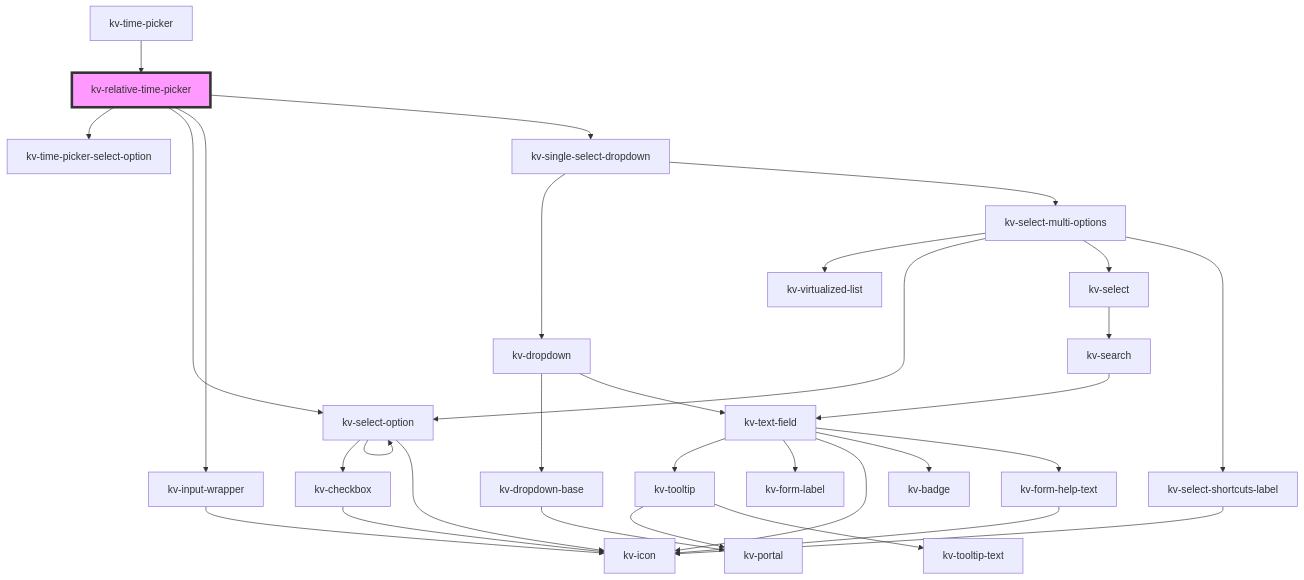
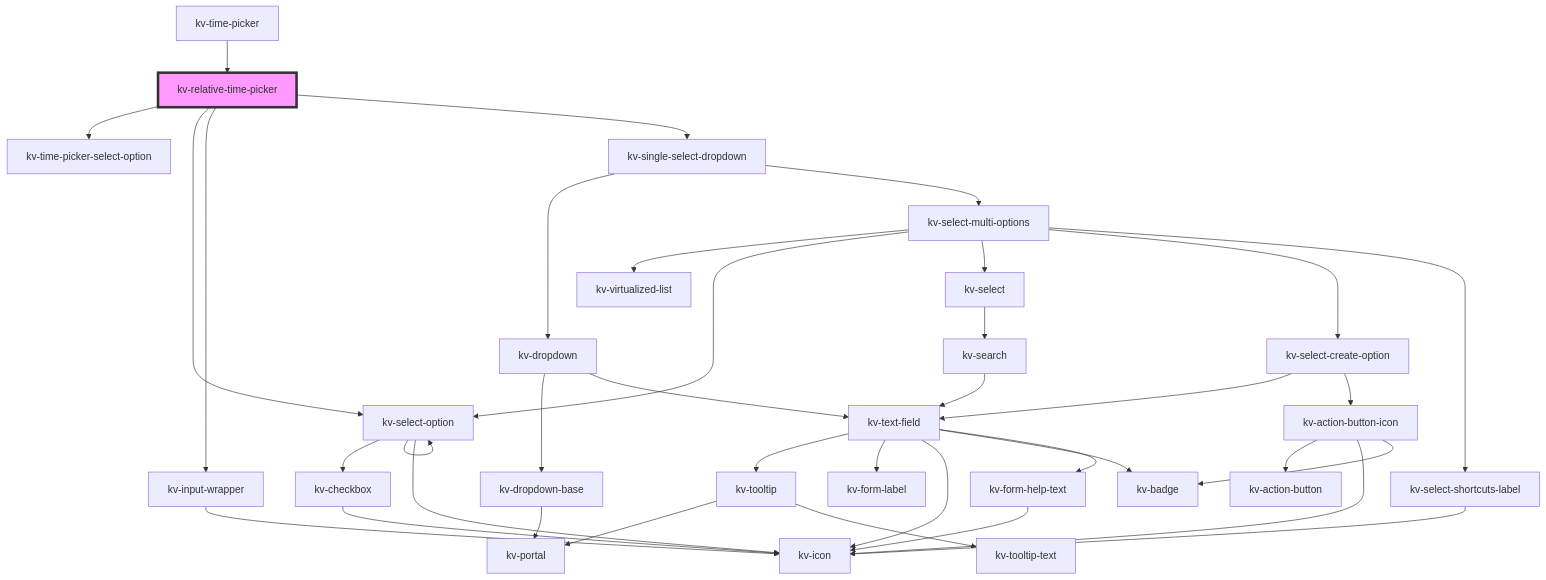
One commit to kelvininc/ui-components changed the diagram in packages/ui-components/src/components/relative-time-picker/readme.md. Above: the diagram before and after it, drawn with Mermaid. The commit also changed 30 other files, not shown here.

Commit message:
feat(select): add create new option

````diff
--- a/packages/ui-components/src/components/relative-time-picker/readme.md
+++ b/packages/ui-components/src/components/relative-time-picker/readme.md
@@ -94,34 +94,40 @@
 ```mermaid
 graph TD;
   kv-relative-time-picker --> kv-time-picker-select-option
   kv-relative-time-picker --> kv-select-option
   kv-relative-time-picker --> kv-input-wrapper
   kv-relative-time-picker --> kv-single-select-dropdown
   kv-select-option --> kv-checkbox
   kv-select-option --> kv-icon
   kv-select-option --> kv-select-option
   kv-checkbox --> kv-icon
   kv-input-wrapper --> kv-icon
   kv-single-select-dropdown --> kv-dropdown
   kv-single-select-dropdown --> kv-select-multi-options
   kv-dropdown --> kv-dropdown-base
   kv-dropdown --> kv-text-field
   kv-dropdown-base --> kv-portal
   kv-text-field --> kv-tooltip
   kv-text-field --> kv-form-label
   kv-text-field --> kv-icon
   kv-text-field --> kv-badge
   kv-text-field --> kv-form-help-text
   kv-tooltip --> kv-portal
   kv-tooltip --> kv-tooltip-text
   kv-form-help-text --> kv-icon
   kv-select-multi-options --> kv-virtualized-list
   kv-select-multi-options --> kv-select-option
   kv-select-multi-options --> kv-select
+  kv-select-multi-options --> kv-select-create-option
   kv-select-multi-options --> kv-select-shortcuts-label
   kv-select --> kv-search
   kv-search --> kv-text-field
+  kv-select-create-option --> kv-text-field
+  kv-select-create-option --> kv-action-button-icon
+  kv-action-button-icon --> kv-action-button
+  kv-action-button-icon --> kv-icon
+  kv-action-button-icon --> kv-badge
   kv-select-shortcuts-label --> kv-icon
   kv-time-picker --> kv-relative-time-picker
   style kv-relative-time-picker fill:#f9f,stroke:#333,stroke-width:4px
 ```
````
